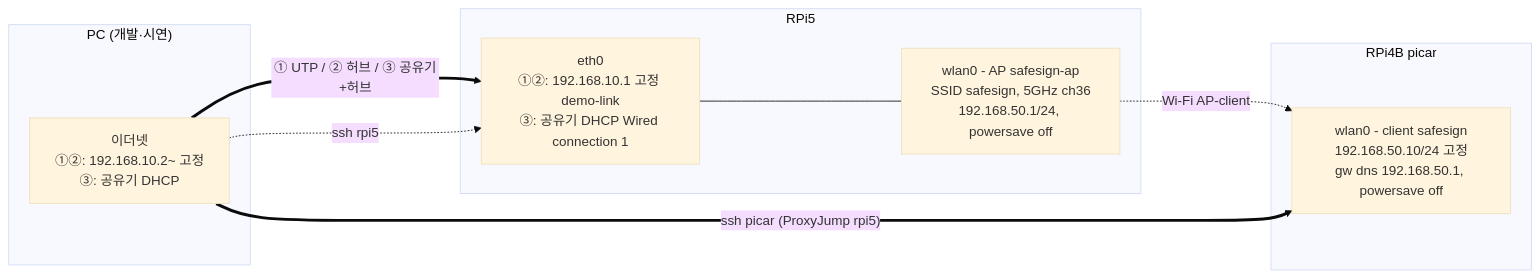
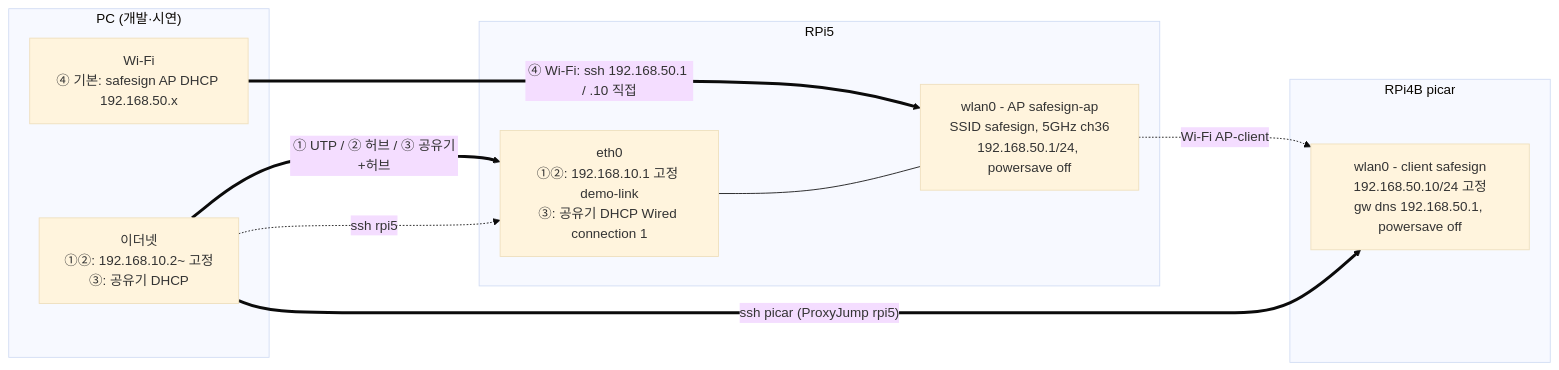
The diagram in document/07_네트워크설정법.md (Lee35678/SafeSign_PhysicalAI), drawn with Mermaid (base theme) before and after one commit. The commit also changed other lines of this file, not shown here.

````diff
--- a/document/07_네트워크설정법.md
+++ b/document/07_네트워크설정법.md
@@ -35,21 +36,23 @@
 ```mermaid
 graph LR
     subgraph PC["PC (개발·시연)"]
+        PCWIFI["Wi-Fi<br/>④ 기본: safesign AP DHCP 192.168.50.x"]
         PCETH["이더넷<br/>①②: 192.168.10.2~ 고정<br/>③: 공유기 DHCP"]
     end
 
     subgraph RPi5["RPi5"]
         ETH0["eth0<br/>①②: 192.168.10.1 고정 demo-link<br/>③: 공유기 DHCP Wired connection 1"]
         WLANAP["wlan0 - AP safesign-ap<br/>SSID safesign, 5GHz ch36<br/>192.168.50.1/24, powersave off"]
         ETH0 --- WLANAP
     end
 
     subgraph RPi4B["RPi4B picar"]
         WLANC["wlan0 - client safesign<br/>192.168.50.10/24 고정<br/>gw dns 192.168.50.1, powersave off"]
     end
 
     PCETH ==>|"① UTP / ② 허브 / ③ 공유기+허브"| ETH0
     WLANAP -.->|"Wi-Fi AP-client"| WLANC
+    PCWIFI ==>|"④ Wi-Fi: ssh 192.168.50.1 / .10 직접"| WLANAP
     PCETH -.->|"ssh rpi5"| ETH0
     PCETH ==>|"ssh picar (ProxyJump rpi5)"| WLANC
 ```
````
